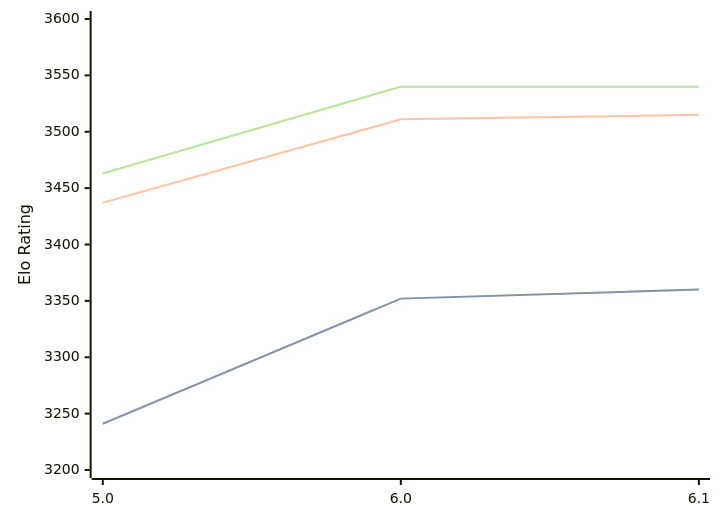
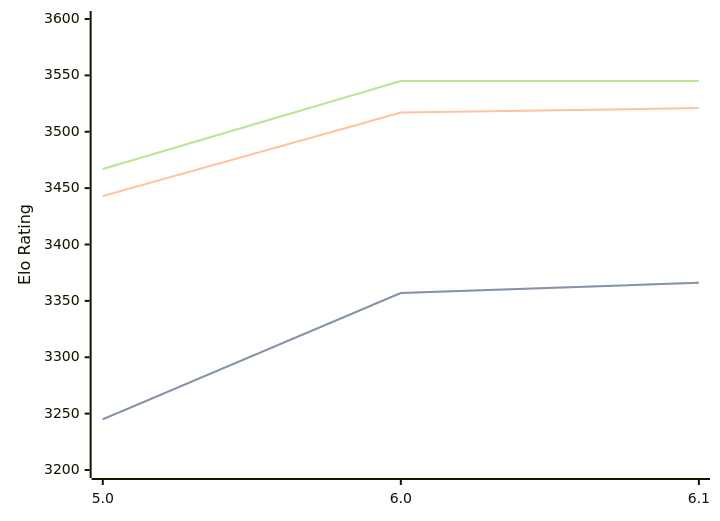
Before and after one commit to computer-chess-index/cci: the diagram in engines/Starzix.md, drawn with Mermaid. The commit also changed other lines of this file, not shown here.

Commit message:
Update CCI Ratings (ELO VLTC) - 2026-04-14

````diff
--- a/engines/Starzix.md
+++ b/engines/Starzix.md
@@ -37,11 +37,11 @@
 ```mermaid
 %%{init: {"theme":"base","themeVariables":{"seriesColors:['#a3a3a3','#222221','#faa371']}}}%%
 xychart-beta
   x-axis ["5.0", "6.0", "6.1"]
   y-axis "Elo Rating" 3200 --> 3600
-  line "STC (8.0+0.08s)" [3241, 3352, 3360]
-  line "STC (8.0+0.08s)" [3241, 3352, 3360]
-  line "LTC (60.0+0.60s)" [3437, 3511, 3515]
-  line "VLTC (2m24s+1.12s)" [3463, 3540, 3540]
-  line "VLTC (2m24s+1.12s)" [3463, 3540, 3540]
+  line "STC (8.0+0.08s)" [3245, 3357, 3366]
+  line "STC (8.0+0.08s)" [3245, 3357, 3366]
+  line "LTC (60.0+0.60s)" [3443, 3517, 3521]
+  line "VLTC (2m24s+1.12s)" [3467, 3545, 3545]
+  line "VLTC (2m24s+1.12s)" [3467, 3545, 3545]
 ```
````
